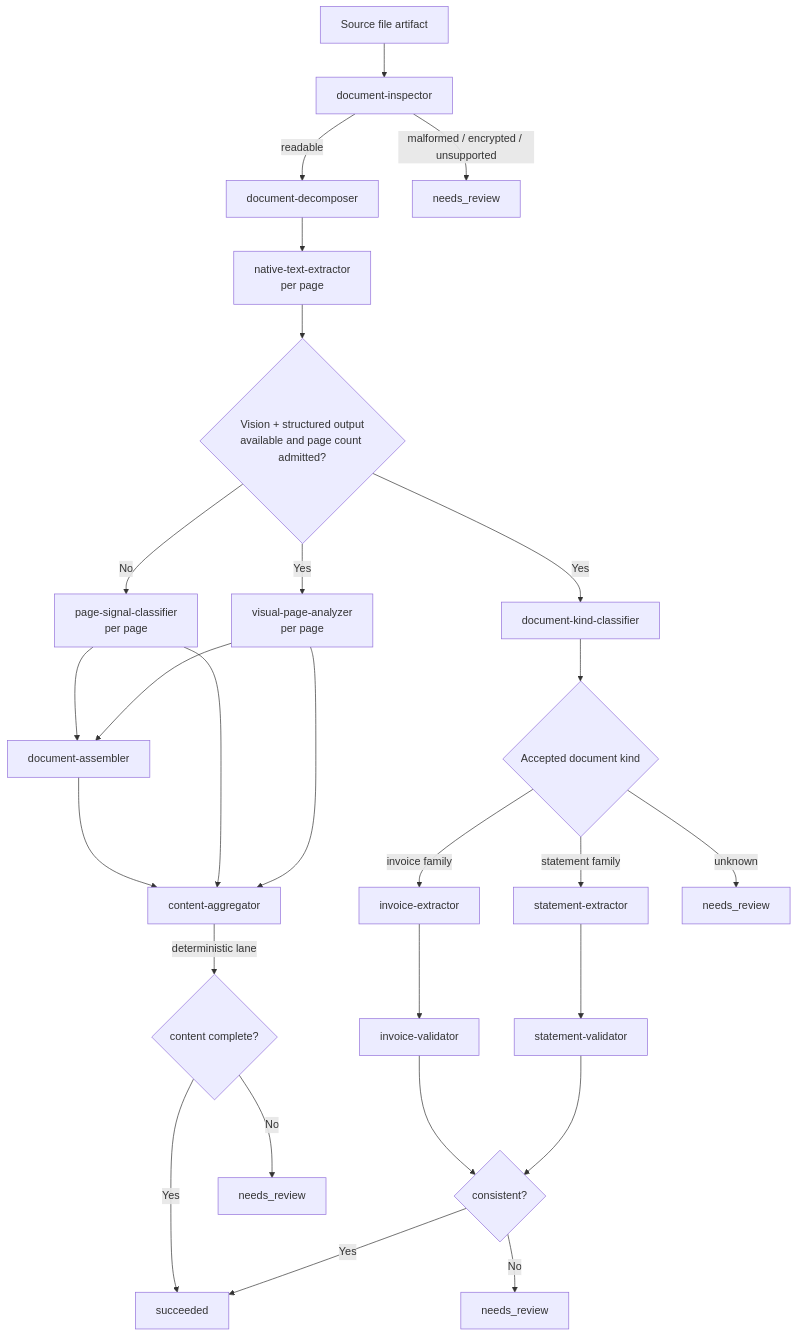
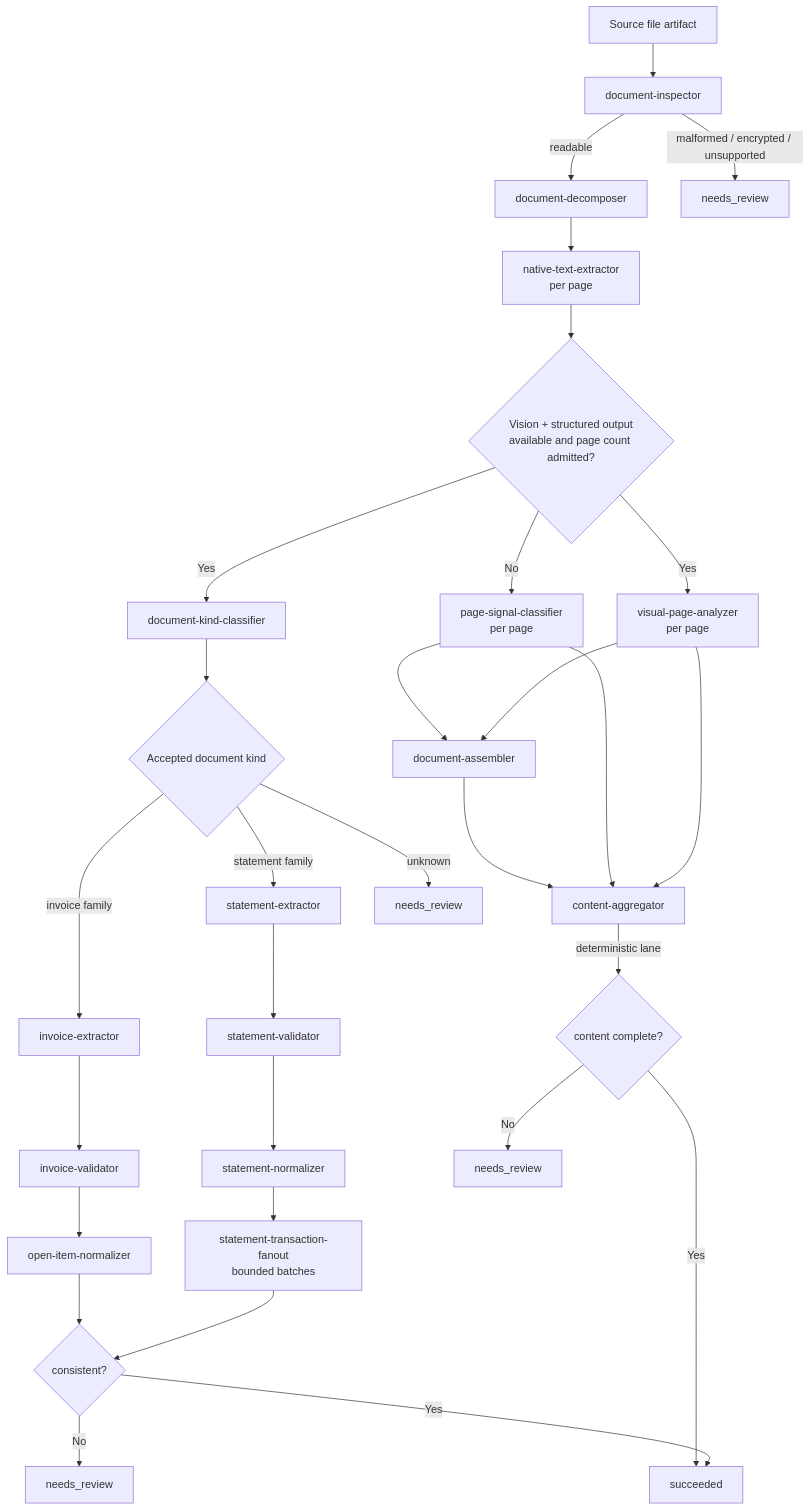
One commit to MyAvenCEO/avenOS changed the fifth of 5 diagrams in docs/document-ingest-system.md. Above: the diagram before and after it, drawn with Mermaid. The commit also changed other lines of this file and 28 other files, not shown here.

Commit message:
feat(reconciliation): rank invoices against statement transactions

````diff
--- a/docs/document-ingest-system.md
+++ b/docs/document-ingest-system.md
@@ -312,35 +312,38 @@
 ```mermaid
 flowchart TD
     Source["Source file artifact"] --> Inspect["document-inspector"]
     Inspect -->|"readable"| Decompose["document-decomposer"]
     Inspect -->|"malformed / encrypted / unsupported"| ReviewA["needs_review"]
     Decompose --> Native["native-text-extractor\nper page"]
 
     Native --> Choice{"Vision + structured output\navailable and page count admitted?"}
 
     Choice -->|"No"| Signal["page-signal-classifier\nper page"]
     Signal --> Assemble["document-assembler"]
 
     Choice -->|"Yes"| Kind["document-kind-classifier"]
     Choice -->|"Yes"| Visual["visual-page-analyzer\nper page"]
     Visual --> Assemble
 
     Assemble --> Aggregate["content-aggregator"]
     Signal --> Aggregate
     Visual --> Aggregate
 
     Kind --> Family{"Accepted document kind"}
     Family -->|"invoice family"| Invoice["invoice-extractor"]
     Invoice --> InvoiceValidation["invoice-validator"]
+    InvoiceValidation --> OpenItem["open-item-normalizer"]
     Family -->|"statement family"| Statement["statement-extractor"]
     Statement --> StatementValidation["statement-validator"]
+    StatementValidation --> CanonicalStatement["statement-normalizer"]
+    CanonicalStatement --> Transactions["statement-transaction-fanout\nbounded batches"]
     Family -->|"unknown"| ReviewB["needs_review"]
 
-    InvoiceValidation --> Final{"consistent?"}
-    StatementValidation --> Final
+    OpenItem --> Final{"consistent?"}
+    Transactions --> Final
     Aggregate -->|"deterministic lane"| Complete{"content complete?"}
     Complete -->|"Yes"| Success["succeeded"]
     Complete -->|"No"| ReviewC["needs_review"]
     Final -->|"Yes"| Success
     Final -->|"No"| ReviewD["needs_review"]
 ```
````
